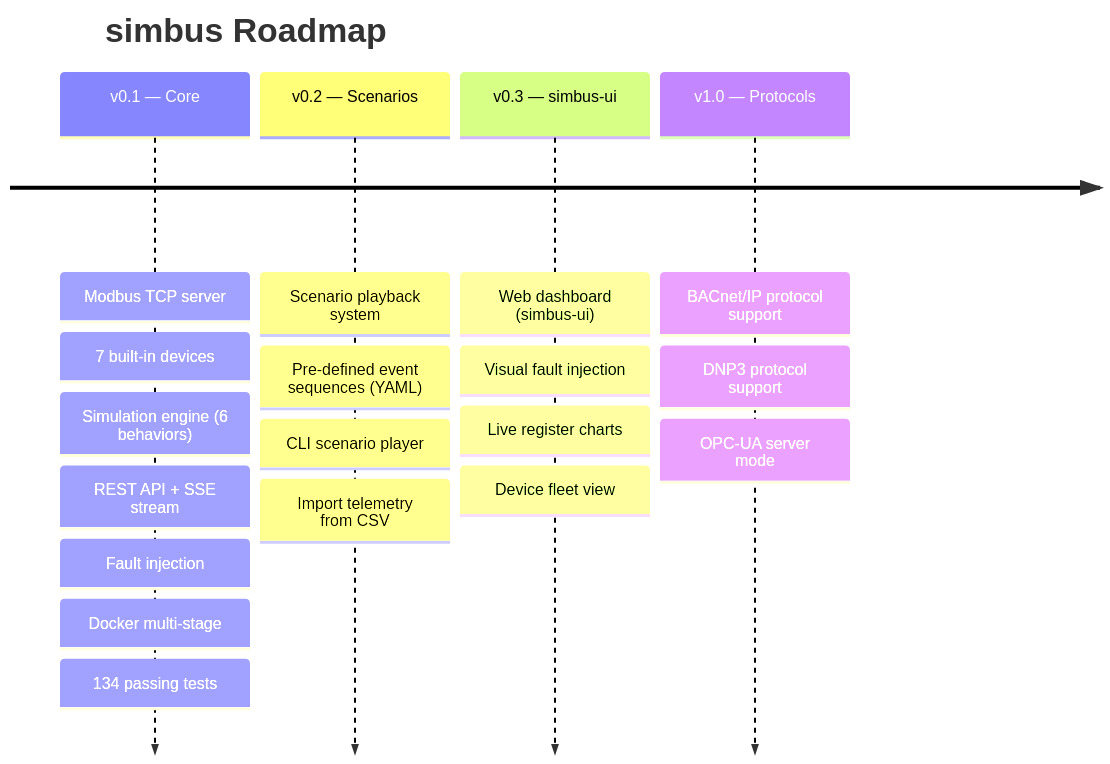
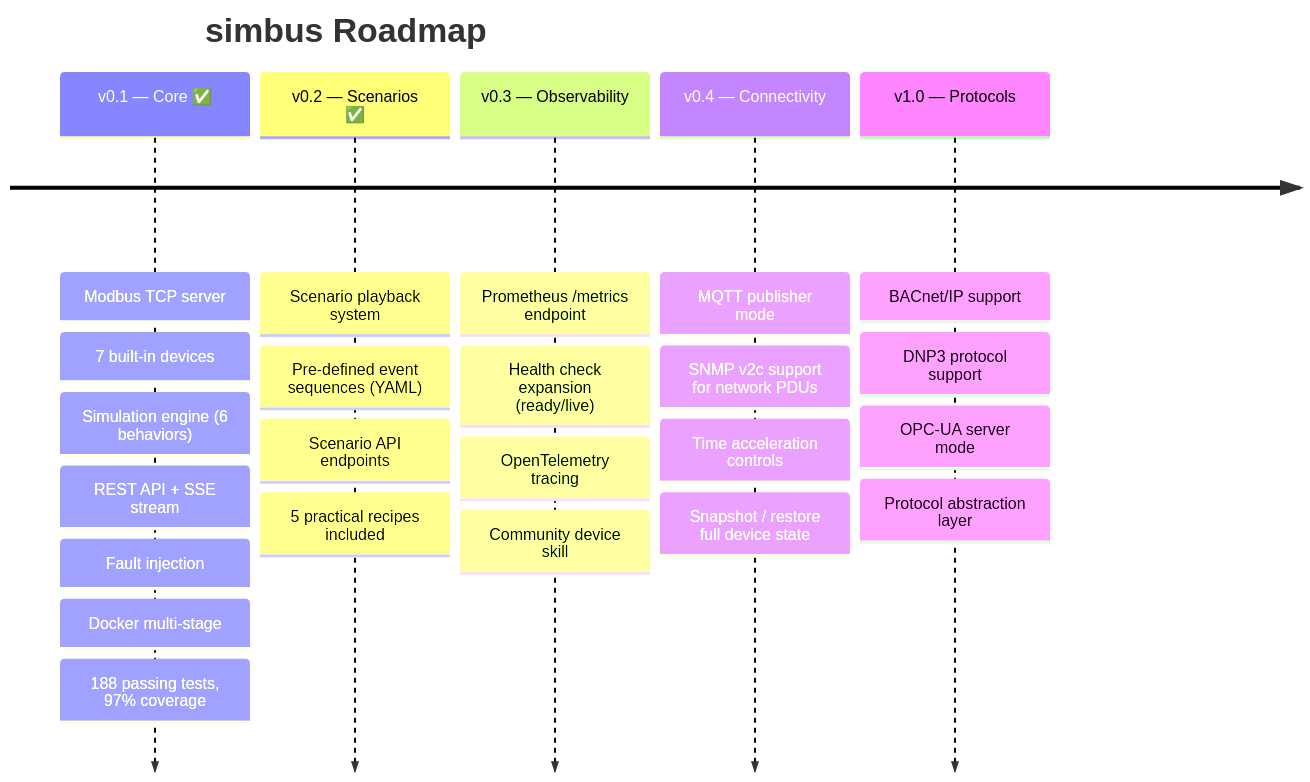
Before and after one commit to obsidia-systems/simbus: the ninth of 9 diagrams in README.md, drawn with Mermaid. The commit also changed other lines of this file and 2 other files, not shown here.

Commit message:
Add scenario engine documentation and examples for YAML-based event sequences

````diff
--- a/README.md
+++ b/README.md
@@ -640,22 +801,27 @@
 ```mermaid
 timeline
     title simbus Roadmap
-    v0.1 — Core : Modbus TCP server
-               : 7 built-in devices
-               : Simulation engine (6 behaviors)
-               : REST API + SSE stream
-               : Fault injection
-               : Docker multi-stage
-               : 134 passing tests
-    v0.2 — Scenarios : Scenario playback system
-                     : Pre-defined event sequences (YAML)
-                     : CLI scenario player
-                     : Import telemetry from CSV
-    v0.3 — simbus-ui : Web dashboard (simbus-ui)
-                     : Visual fault injection
-                     : Live register charts
-                     : Device fleet view
-    v1.0 — Protocols : BACnet/IP protocol support
+    v0.1 — Core ✅ : Modbus TCP server
+                    : 7 built-in devices
+                    : Simulation engine (6 behaviors)
+                    : REST API + SSE stream
+                    : Fault injection
+                    : Docker multi-stage
+                    : 188 passing tests, 97% coverage
+    v0.2 — Scenarios ✅ : Scenario playback system
+                         : Pre-defined event sequences (YAML)
+                         : Scenario API endpoints
+                         : 5 practical recipes included
+    v0.3 — Observability : Prometheus /metrics endpoint
+                          : Health check expansion (ready/live)
+                          : OpenTelemetry tracing
+                          : Community device skill
+    v0.4 — Connectivity : MQTT publisher mode
+                         : SNMP v2c support for network PDUs
+                         : Time acceleration controls
+                         : Snapshot / restore full device state
+    v1.0 — Protocols : BACnet/IP support
                      : DNP3 protocol support
                      : OPC-UA server mode
+                     : Protocol abstraction layer
 ```
````
